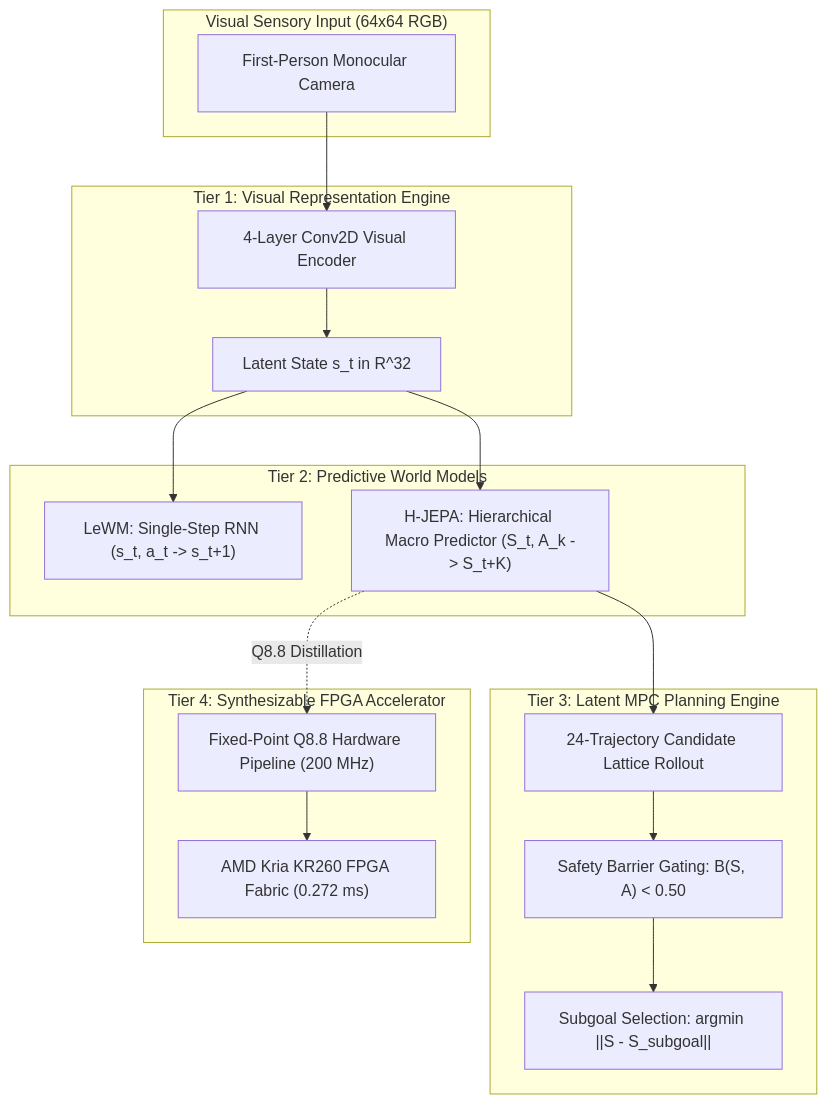
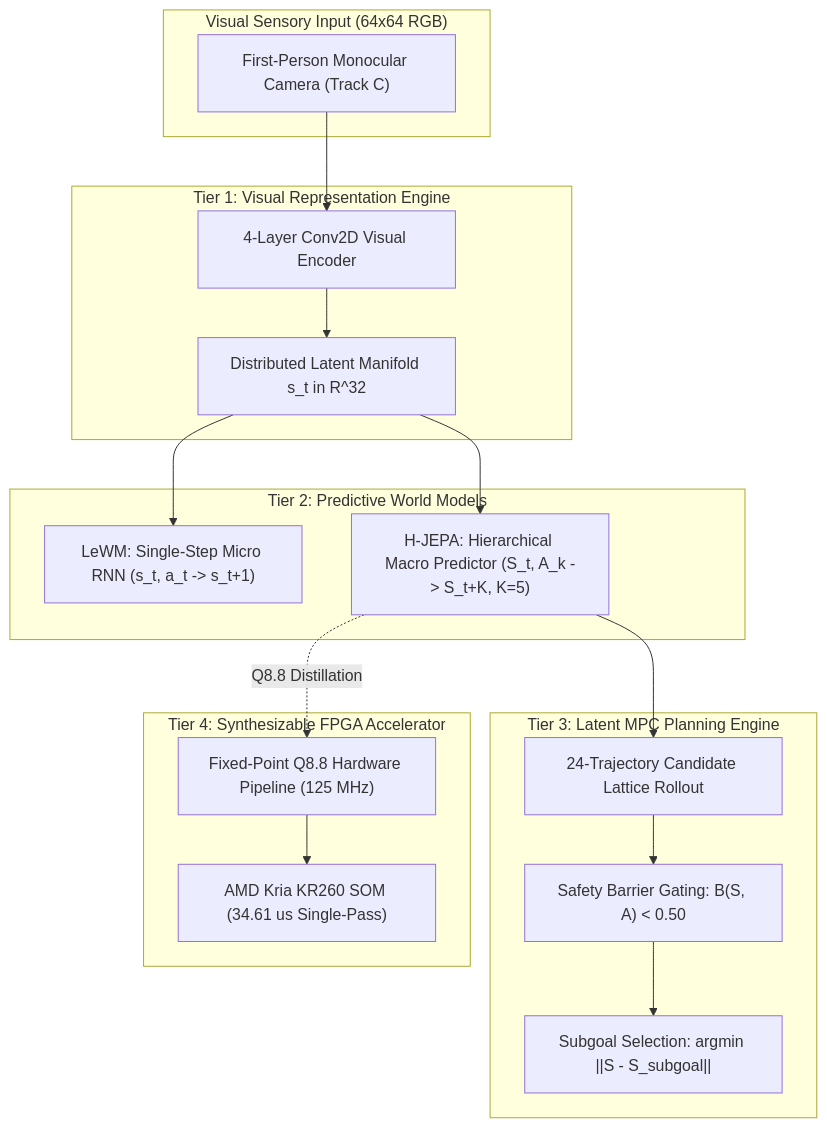
The diagram in research/reports/final_scientific_report.md (BrianHadianSTEI23/project-haphaestus), drawn with Mermaid before and after one commit. The commit also changed other lines of this file and 60 other files, not shown here.

````diff
--- a/research/reports/final_scientific_report.md
+++ b/research/reports/final_scientific_report.md
@@ -38,32 +39,32 @@
 ```mermaid
 flowchart TD
     subgraph SENSORY["Visual Sensory Input (64x64 RGB)"]
-        Cam["First-Person Monocular Camera"]
+        Cam["First-Person Monocular Camera (Track C)"]
     end
 
     subgraph TIER1["Tier 1: Visual Representation Engine"]
         CNN["4-Layer Conv2D Visual Encoder"]
-        Latent["Latent State s_t in R^32"]
+        Latent["Distributed Latent Manifold s_t in R^32"]
     end
 
     subgraph TIER2["Tier 2: Predictive World Models"]
-        LeWM["LeWM: Single-Step RNN (s_t, a_t -> s_t+1)"]
-        HJEPA["H-JEPA: Hierarchical Macro Predictor (S_t, A_k -> S_t+K)"]
+        LeWM["LeWM: Single-Step Micro RNN (s_t, a_t -> s_t+1)"]
+        HJEPA["H-JEPA: Hierarchical Macro Predictor (S_t, A_k -> S_t+K, K=5)"]
     end
 
     subgraph TIER3["Tier 3: Latent MPC Planning Engine"]
         MPC["24-Trajectory Candidate Lattice Rollout"]
         Col["Safety Barrier Gating: B(S, A) < 0.50"]
         Goal["Subgoal Selection: argmin ||S - S_subgoal||"]
     end
 
     subgraph TIER4["Tier 4: Synthesizable FPGA Accelerator"]
-        RTL["Fixed-Point Q8.8 Hardware Pipeline (200 MHz)"]
-        Silicon["AMD Kria KR260 FPGA Fabric (0.272 ms)"]
+        RTL["Fixed-Point Q8.8 Hardware Pipeline (125 MHz)"]
+        Silicon["AMD Kria KR260 SOM (34.61 us Single-Pass)"]
     end
 
     Cam --> CNN --> Latent
     Latent --> LeWM & HJEPA
     HJEPA --> MPC --> Col --> Goal
     HJEPA -.->|Q8.8 Distillation| RTL --> Silicon
 ```
````
